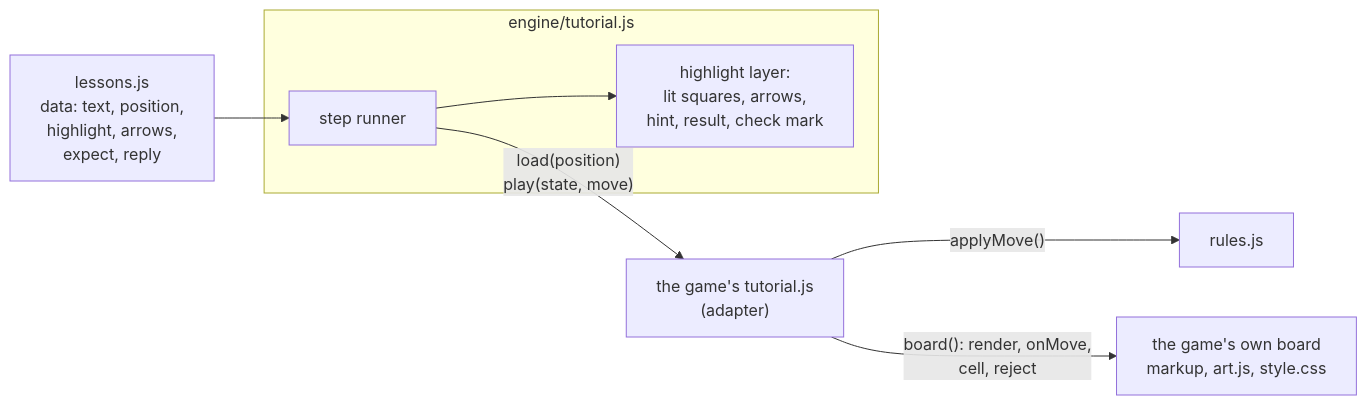
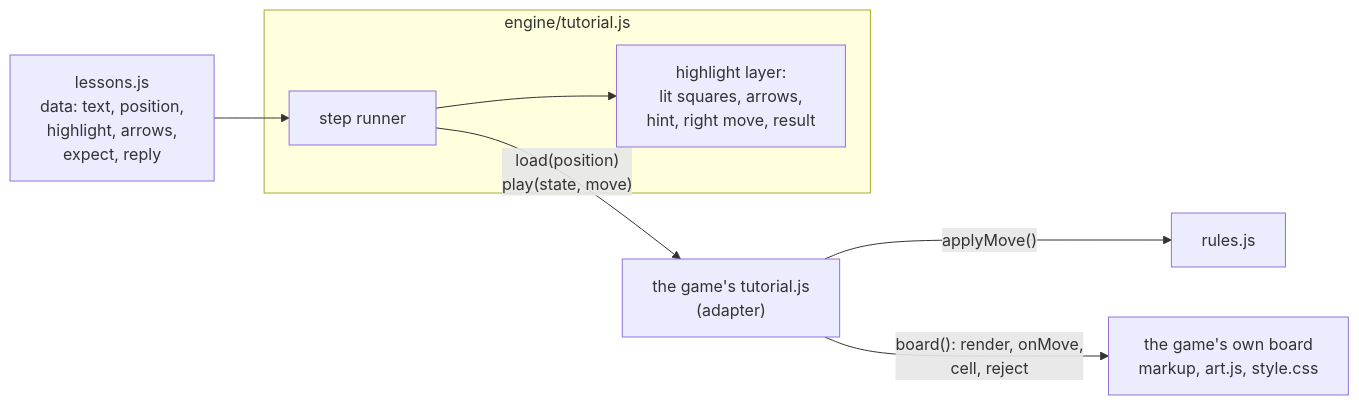
One commit to faezehyas/dailydoseofplay changed the sixth of 6 diagrams in ARCHITECTURE.md. Above: the diagram before and after it, drawn with Mermaid. The commit also changed other lines of this file and 4 other files, not shown here.

Commit message:
fix(engine): light a right move green instead of a check mark

````diff
--- a/ARCHITECTURE.md
+++ b/ARCHITECTURE.md
@@ -1150,10 +1150,10 @@
 ```mermaid
 flowchart LR
   lessons["lessons.js<br>data: text, position,<br>highlight, arrows,<br>expect, reply"] --> runner
   subgraph engine ["engine/tutorial.js"]
-    runner["step runner"] --> layer["highlight layer:<br>lit squares, arrows,<br>hint, result, check mark"]
+    runner["step runner"] --> layer["highlight layer:<br>lit squares, arrows,<br>hint, right move, result"]
   end
   runner -- "load(position)<br>play(state, move)" --> adapter
   adapter["the game's tutorial.js<br>(adapter)"] -- "applyMove()" --> rules["rules.js"]
   adapter -- "board(): render, onMove,<br>cell, reject" --> view["the game's own board<br>markup, art.js, style.css"]
 ```
````
